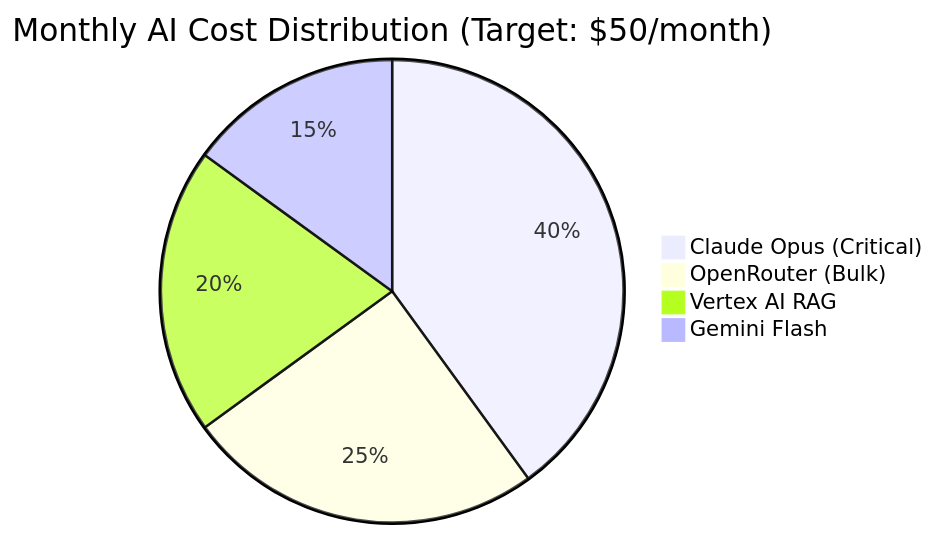
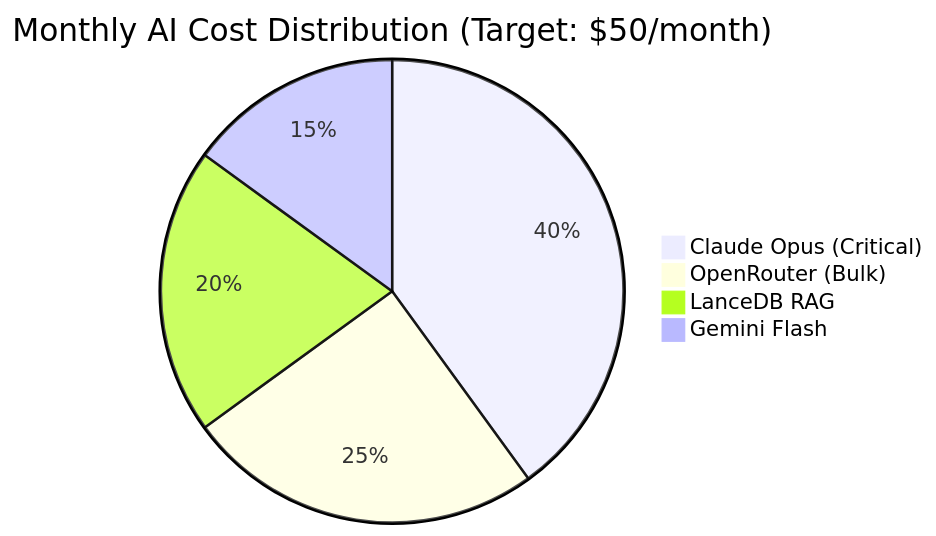
Before and after one commit to webclinic017/trading-spy-iron-condor: the ninth of 9 diagrams in docs/tech-stack.md, drawn with Mermaid. The commit also changed other lines of this file and 69 other files, not shown here.

Commit message:
LanceDB-first RAG cleanup and deploy updates

```diff
--- a/docs/tech-stack.md
+++ b/docs/tech-stack.md
@@ -377,7 +367,7 @@
 <div class="mermaid">
 pie title Monthly AI Cost Distribution (Target: $50/month)
     "Claude Opus (Critical)" : 40
     "OpenRouter (Bulk)" : 25
-    "Vertex AI RAG" : 20
+    "LanceDB RAG" : 20
     "Gemini Flash" : 15
 </div>
```
